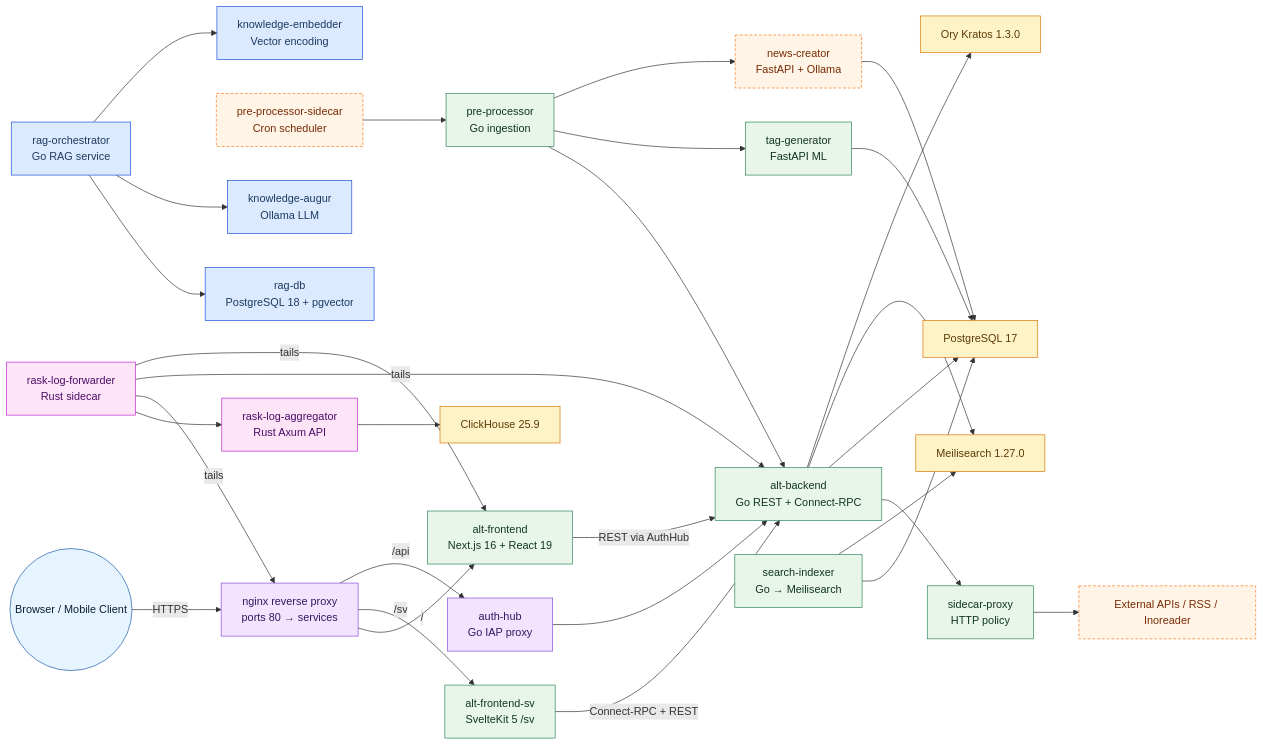
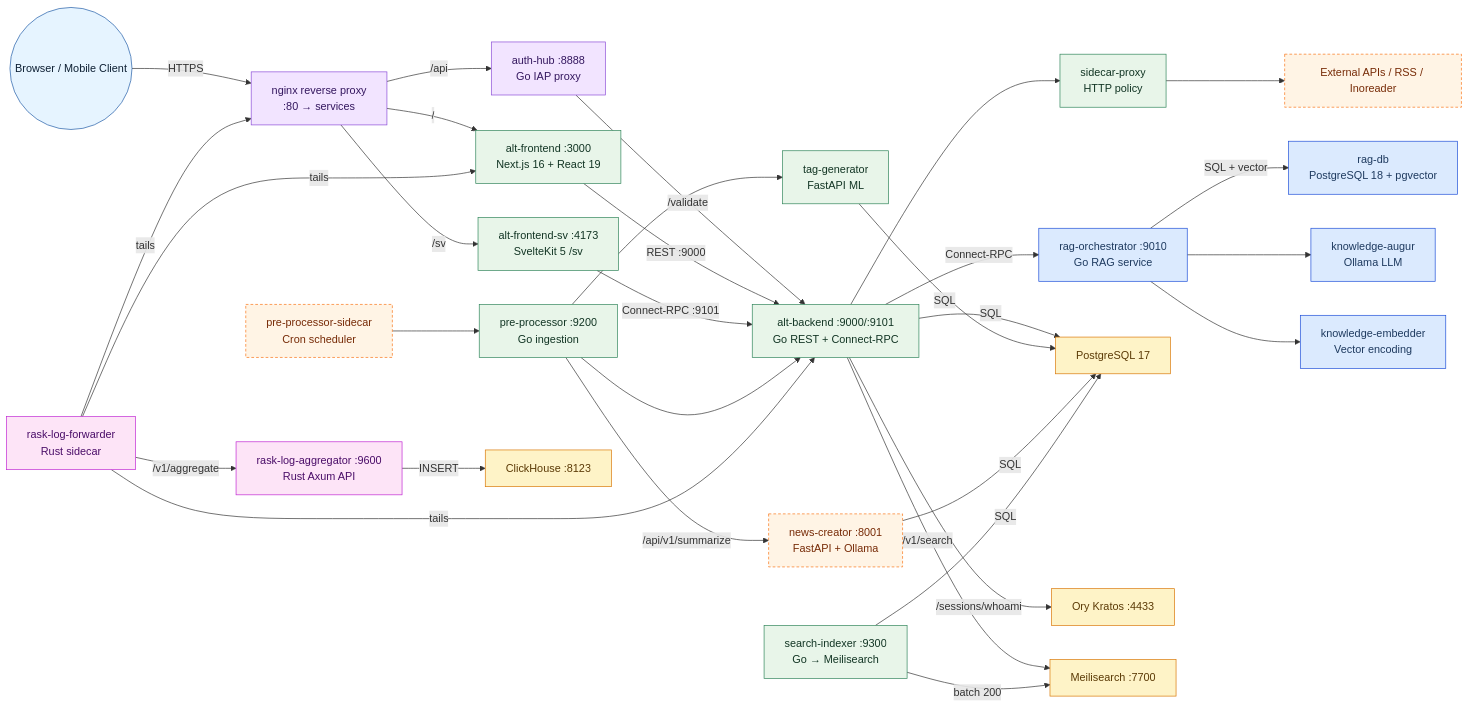
Before and after one commit to Kaikei-e/Alt: the second of 9 diagrams in README.md, drawn with Mermaid. The commit also changed other lines of this file, not shown here.

First line of the commit message:
docs: Update README with service port details and API endpoints

````diff
--- a/README.md
+++ b/README.md
@@ -117,62 +117,64 @@
 ```mermaid
 flowchart LR
     classDef client fill:#e6f4ff,stroke:#1f5aa5,color:#0d1f33
     classDef edge fill:#f2e4ff,stroke:#8a4bd7,color:#34175f
     classDef core fill:#e8f5e9,stroke:#2f855a,color:#123524
     classDef optional fill:#fff4e5,stroke:#f97316,color:#772b07,stroke-dasharray:4 3
     classDef data fill:#fef3c7,stroke:#d97706,color:#5b3a06
     classDef observability fill:#fde4f7,stroke:#c026d3,color:#4a0d68
     classDef rag fill:#dbeafe,stroke:#1d4ed8,color:#1e3a5f
 
     Browser((Browser / Mobile Client)):::client
-    Nginx["nginx reverse proxy<br/>ports 80 → services"]:::edge
-    UI["alt-frontend<br/>Next.js 16 + React 19"]:::core
-    UISv["alt-frontend-sv<br/>SvelteKit 5 /sv"]:::core
-    AuthHub["auth-hub<br/>Go IAP proxy"]:::edge
-    Backend["alt-backend<br/>Go REST + Connect-RPC"]:::core
+    Nginx["nginx reverse proxy<br/>:80 → services"]:::edge
+    UI["alt-frontend :3000<br/>Next.js 16 + React 19"]:::core
+    UISv["alt-frontend-sv :4173<br/>SvelteKit 5 /sv"]:::core
+    AuthHub["auth-hub :8888<br/>Go IAP proxy"]:::edge
+    Backend["alt-backend :9000/:9101<br/>Go REST + Connect-RPC"]:::core
     Sidecar["sidecar-proxy<br/>HTTP policy"]:::core
-    PreProc["pre-processor<br/>Go ingestion"]:::core
+    PreProc["pre-processor :9200<br/>Go ingestion"]:::core
     Scheduler["pre-processor-sidecar<br/>Cron scheduler"]:::optional
-    News["news-creator<br/>FastAPI + Ollama"]:::optional
+    News["news-creator :8001<br/>FastAPI + Ollama"]:::optional
     Tags["tag-generator<br/>FastAPI ML"]:::core
-    Indexer["search-indexer<br/>Go → Meilisearch"]:::core
-    RagOrch["rag-orchestrator<br/>Go RAG service"]:::rag
+    Indexer["search-indexer :9300<br/>Go → Meilisearch"]:::core
+    RagOrch["rag-orchestrator :9010<br/>Go RAG service"]:::rag
     RagDB["rag-db<br/>PostgreSQL 18 + pgvector"]:::rag
     KnowledgeAugur["knowledge-augur<br/>Ollama LLM"]:::rag
     KnowledgeEmbed["knowledge-embedder<br/>Vector encoding"]:::rag
     Postgres["PostgreSQL 17"]:::data
-    Kratos["Ory Kratos 1.3.0"]:::data
-    Meili["Meilisearch 1.27.0"]:::data
-    ClickHouse["ClickHouse 25.9"]:::data
+    Kratos["Ory Kratos :4433"]:::data
+    Meili["Meilisearch :7700"]:::data
+    ClickHouse["ClickHouse :8123"]:::data
     RaskF["rask-log-forwarder<br/>Rust sidecar"]:::observability
-    RaskA["rask-log-aggregator<br/>Rust Axum API"]:::observability
+    RaskA["rask-log-aggregator :9600<br/>Rust Axum API"]:::observability
     External["External APIs / RSS / Inoreader"]:::optional
 
     Browser -->|HTTPS| Nginx
     Nginx -->|/| UI
     Nginx -->|/sv| UISv
     Nginx -->|/api| AuthHub
-    AuthHub --> Backend
-    UI -->|REST via AuthHub| Backend
-    UISv -->|Connect-RPC + REST| Backend
+    AuthHub -->|/validate| Backend
+    UI -->|REST :9000| Backend
+    UISv -->|Connect-RPC :9101| Backend
     Backend --> Sidecar
-    Backend --> Postgres
-    Backend --> Meili
-    Backend --> Kratos
+    Backend -->|SQL| Postgres
+    Backend -->|/v1/search| Meili
+    Backend -->|/sessions/whoami| Kratos
     Sidecar --> External
+    PreProc -->|/api/v1/summarize| News
+    PreProc --> Tags
     PreProc --> Backend
-    PreProc --> Tags
-    PreProc --> News
     Scheduler --> PreProc
-    Tags --> Postgres
-    News --> Postgres
-    Indexer --> Postgres
-    Indexer --> Meili
-    RagOrch --> RagDB
+    Tags -->|SQL| Postgres
+    News -->|SQL| Postgres
+    Indexer -->|SQL| Postgres
+    Indexer -->|batch 200| Meili
+    Backend -->|Connect-RPC| RagOrch
+    RagOrch -->|SQL + vector| RagDB
     RagOrch --> KnowledgeAugur
     RagOrch --> KnowledgeEmbed
-    RaskF --> RaskA --> ClickHouse
+    RaskF -->|/v1/aggregate| RaskA
+    RaskA -->|INSERT| ClickHouse
     RaskF -->|tails| Nginx
     RaskF -->|tails| Backend
     RaskF -->|tails| UI
 ```
````
